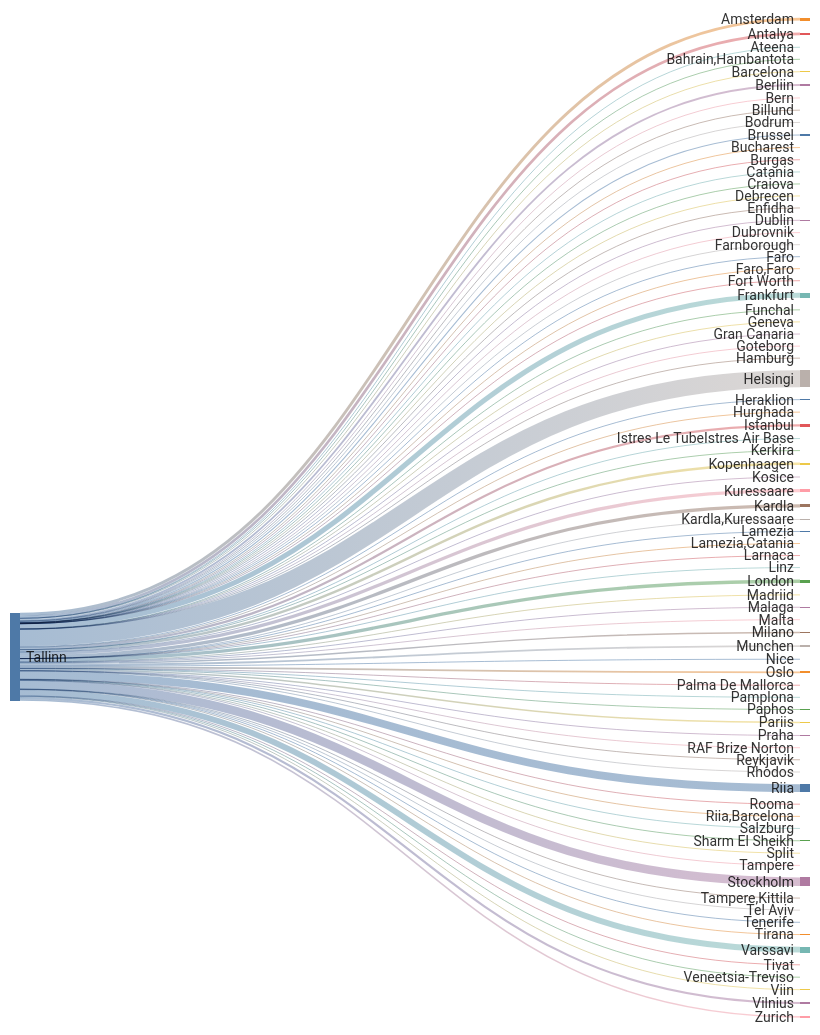
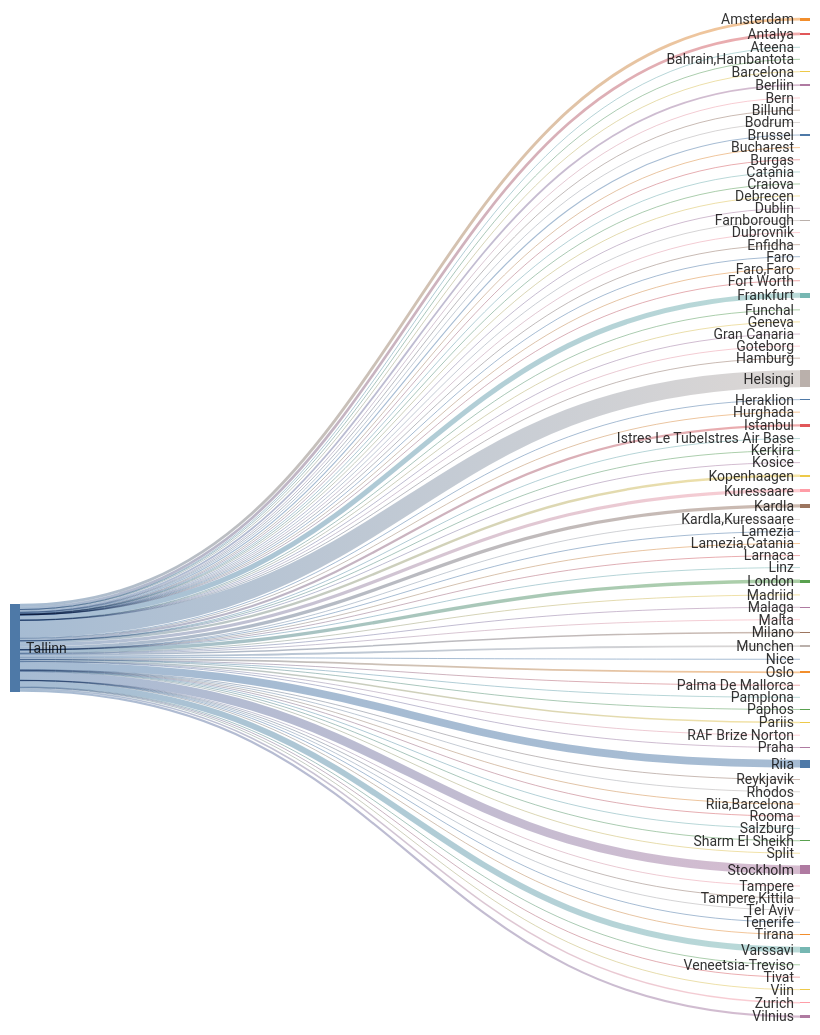
The second of 2 diagrams in README.md (rainermesi/tll-airport-departures), drawn with Mermaid before and after one commit. The commit also changed other lines of this file and 1 other file, not shown here.

````diff
--- a/README.md
+++ b/README.md
@@ -41,16 +41,16 @@
 ---
 sankey-beta
 %% source,target,value
-Tallinn,Amsterdam,555
-Tallinn,Antalya,509
+Tallinn,Amsterdam,557
+Tallinn,Antalya,513
 Tallinn,Ateena,16
 Tallinn,"Bahrain,Hambantota",1
-Tallinn,Barcelona,155
+Tallinn,Barcelona,157
 Tallinn,Berliin,348
 Tallinn,Bern,1
 Tallinn,Billund,87
-Tallinn,Bodrum,12
-Tallinn,Brussel,213
+Tallinn,Bodrum,13
+Tallinn,Brussel,214
 Tallinn,Bucharest,1
 Tallinn,Burgas,67
 Tallinn,Catania,2
@@ -63,30 +63,30 @@
 Tallinn,Faro,4
 Tallinn,"Faro,Faro",1
 Tallinn,Fort Worth,1
-Tallinn,Frankfurt,980
+Tallinn,Frankfurt,982
 Tallinn,Funchal,7
 Tallinn,Geneva,13
 Tallinn,Gran Canaria,38
 Tallinn,Goteborg,2
 Tallinn,Hamburg,2
-Tallinn,Helsingi,3285
-Tallinn,Heraklion,123
-Tallinn,Hurghada,75
-Tallinn,Istanbul,427
+Tallinn,Helsingi,3295
+Tallinn,Heraklion,124
+Tallinn,Hurghada,76
+Tallinn,Istanbul,428
 Tallinn,Istres Le TubeIstres Air Base,2
 Tallinn,Kerkira,4
-Tallinn,Kopenhaagen,459
+Tallinn,Kopenhaagen,461
 Tallinn,Kosice,1
-Tallinn,Kuressaare,622
-Tallinn,Kardla,624
+Tallinn,Kuressaare,624
+Tallinn,Kardla,626
 Tallinn,"Kardla,Kuressaare",1
 Tallinn,Lamezia,3
 Tallinn,"Lamezia,Catania",3
 Tallinn,Larnaca,6
 Tallinn,Linz,2
-Tallinn,London,635
+Tallinn,London,637
 Tallinn,Madriid,4
-Tallinn,Malaga,134
+Tallinn,Malaga,135
 Tallinn,Malta,34
 Tallinn,Milano,282
 Tallinn,Munchen,348
@@ -100,24 +100,24 @@
 Tallinn,RAF Brize Norton,1
 Tallinn,Reykjavik,20
 Tallinn,Rhodos,70
-Tallinn,Riia,1489
+Tallinn,Riia,1494
 Tallinn,"Riia,Barcelona",1
 Tallinn,Rooma,80
 Tallinn,Salzburg,14
-Tallinn,Sharm El Sheikh,112
+Tallinn,Sharm El Sheikh,113
 Tallinn,Split,63
-Tallinn,Stockholm,1640
+Tallinn,Stockholm,1646
 Tallinn,Tampere,17
 Tallinn,"Tampere,Kittila",21
 Tallinn,Tel Aviv,2
 Tallinn,Tenerife,58
 Tallinn,Tirana,42
 Tallinn,Tivat,78
-Tallinn,Varssavi,1138
+Tallinn,Varssavi,1141
 Tallinn,Veneetsia-Treviso,67
 Tallinn,Viin,106
-Tallinn,Vilnius,415
-Tallinn,Zurich,295
+Tallinn,Vilnius,416
+Tallinn,Zurich,296
 
 
 ```
````
